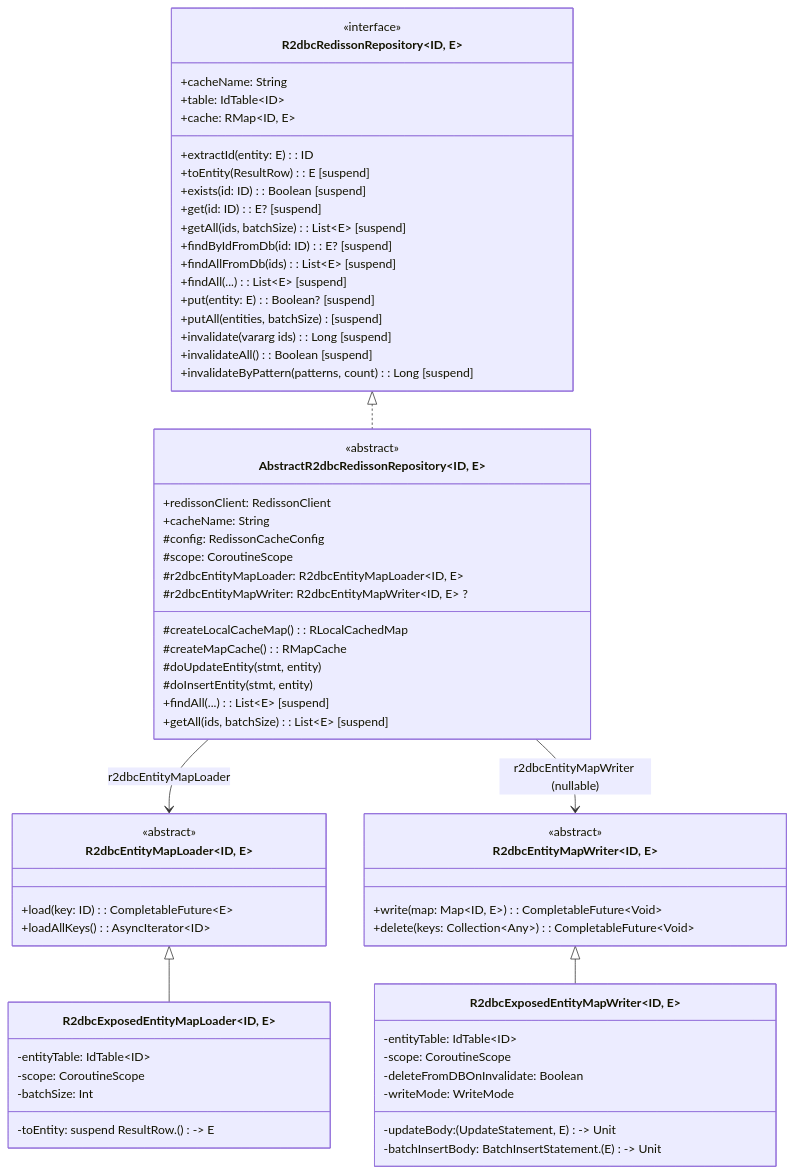
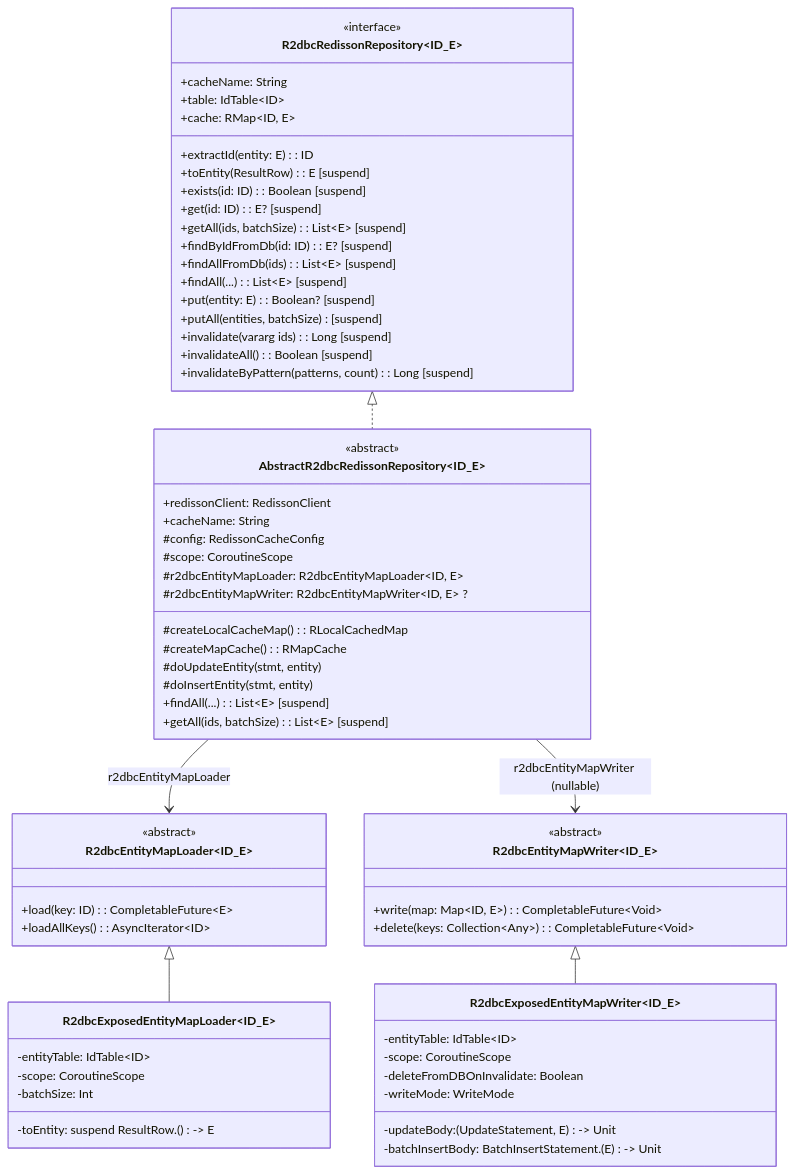
The second of 5 diagrams in data/exposed-r2dbc-redisson/README.md (bluetape4k/bluetape4k-projects), drawn with Mermaid before and after one commit. The commit also changed other lines of this file and 95 other files, not shown here.

First line of the commit message:
docs: Mermaid 파서 오류 전체 수정 (IntelliJ IDEA 호환)

````diff
--- a/data/exposed-r2dbc-redisson/README.md
+++ b/data/exposed-r2dbc-redisson/README.md
@@ -156,72 +152,72 @@
 ```mermaid
 classDiagram
-    class R2dbcRedissonRepository~ID, E~ {
+    class R2dbcRedissonRepository~ID_E~ {
 <<interface>>
 +cacheName: String
 +table: IdTable~ID~
 +cache: RMap~ID, E~
 +extractId(entity: E): ID
 +toEntity(ResultRow): E [suspend]
 +exists(id: ID): Boolean [suspend]
 +get(id: ID): E? [suspend]
 +getAll(ids, batchSize): List~E~ [suspend]
 +findByIdFromDb(id: ID): E? [suspend]
 +findAllFromDb(ids): List~E~ [suspend]
 +findAll(...): List~E~ [suspend]
 +put(entity: E): Boolean? [suspend]
 +putAll(entities, batchSize) [suspend]
 +invalidate(vararg ids): Long [suspend]
 +invalidateAll(): Boolean [suspend]
 +invalidateByPattern(patterns, count): Long [suspend]
 }
 
-class AbstractR2dbcRedissonRepository~ID, E~ {
+class AbstractR2dbcRedissonRepository~ID_E~ {
 <<abstract>>
 +redissonClient: RedissonClient
 +cacheName: String
 #config: RedissonCacheConfig
 #scope: CoroutineScope
 #r2dbcEntityMapLoader: R2dbcEntityMapLoader~ID, E~
 #r2dbcEntityMapWriter: R2dbcEntityMapWriter~ID, E~ ?
 #createLocalCacheMap(): RLocalCachedMap
 #createMapCache(): RMapCache
 #doUpdateEntity(stmt, entity)
 #doInsertEntity(stmt, entity)
 +findAll(...): List~E~ [suspend]
 +getAll(ids, batchSize): List~E~ [suspend]
 }
 
-class R2dbcEntityMapLoader~ID, E~ {
+class R2dbcEntityMapLoader~ID_E~ {
 <<abstract>>
 +load(key: ID): CompletableFuture~E~
 +loadAllKeys(): AsyncIterator~ID~
 }
 
-class R2dbcEntityMapWriter~ID, E~ {
+class R2dbcEntityMapWriter~ID_E~ {
 <<abstract>>
 +write(map: Map~ID, E~): CompletableFuture~Void~
 +delete(keys: Collection~Any~): CompletableFuture~Void~
 }
 
-class R2dbcExposedEntityMapLoader~ID, E~ {
+class R2dbcExposedEntityMapLoader~ID_E~ {
 -entityTable: IdTable~ID~
 -scope: CoroutineScope
 -batchSize: Int
 -toEntity: suspend ResultRow.() -> E
  }
 
-class R2dbcExposedEntityMapWriter~ID, E~ {
+class R2dbcExposedEntityMapWriter~ID_E~ {
 -entityTable: IdTable~ID~
 -scope: CoroutineScope
 -updateBody: (UpdateStatement, E) -> Unit
 -batchInsertBody: BatchInsertStatement.(E) -> Unit
 -deleteFromDBOnInvalidate: Boolean
 -writeMode: WriteMode
 }
 
-R2dbcRedissonRepository~ID, E~ <|.. AbstractR2dbcRedissonRepository~ID, E~
-AbstractR2dbcRedissonRepository~ID, E~ --> R2dbcEntityMapLoader~ID, E~: r2dbcEntityMapLoader
-AbstractR2dbcRedissonRepository~ID, E~ --> R2dbcEntityMapWriter~ID, E~: r2dbcEntityMapWriter (nullable)
-R2dbcEntityMapLoader~ID, E~ <|-- R2dbcExposedEntityMapLoader~ID, E~
-R2dbcEntityMapWriter~ID, E~ <|-- R2dbcExposedEntityMapWriter~ID, E~
+R2dbcRedissonRepository~ID_E~ <|.. AbstractR2dbcRedissonRepository~ID_E~
+AbstractR2dbcRedissonRepository~ID_E~ --> R2dbcEntityMapLoader~ID_E~: r2dbcEntityMapLoader
+AbstractR2dbcRedissonRepository~ID_E~ --> R2dbcEntityMapWriter~ID_E~: r2dbcEntityMapWriter (nullable)
+R2dbcEntityMapLoader~ID_E~ <|-- R2dbcExposedEntityMapLoader~ID_E~
+R2dbcEntityMapWriter~ID_E~ <|-- R2dbcExposedEntityMapWriter~ID_E~
 ```
````
